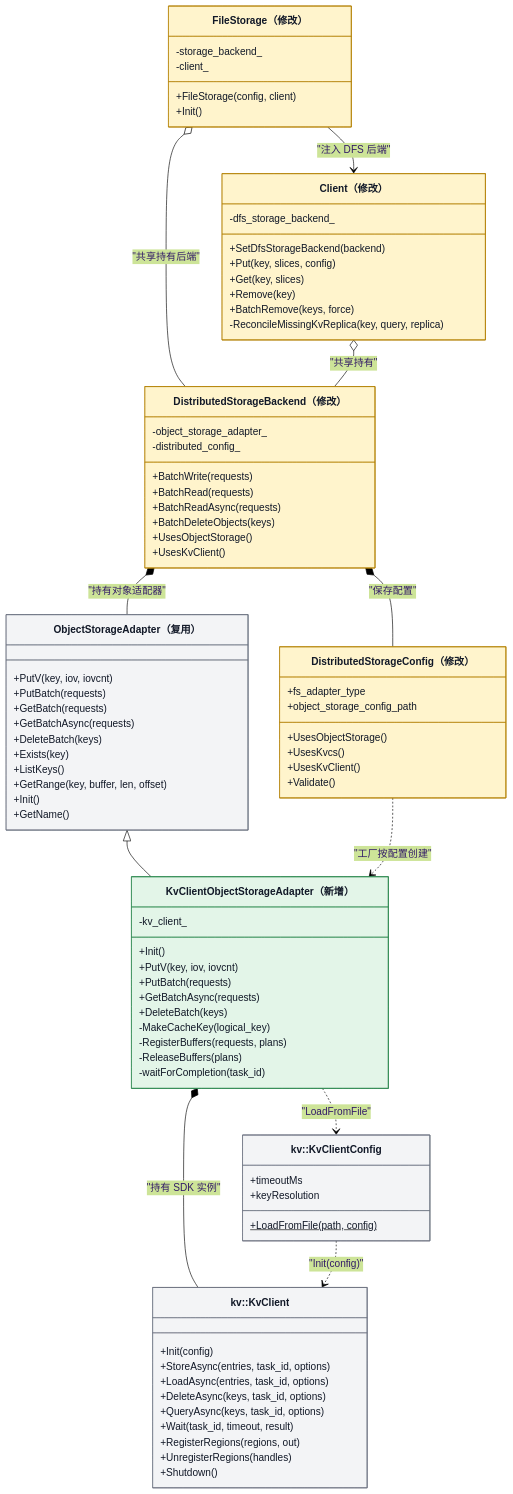
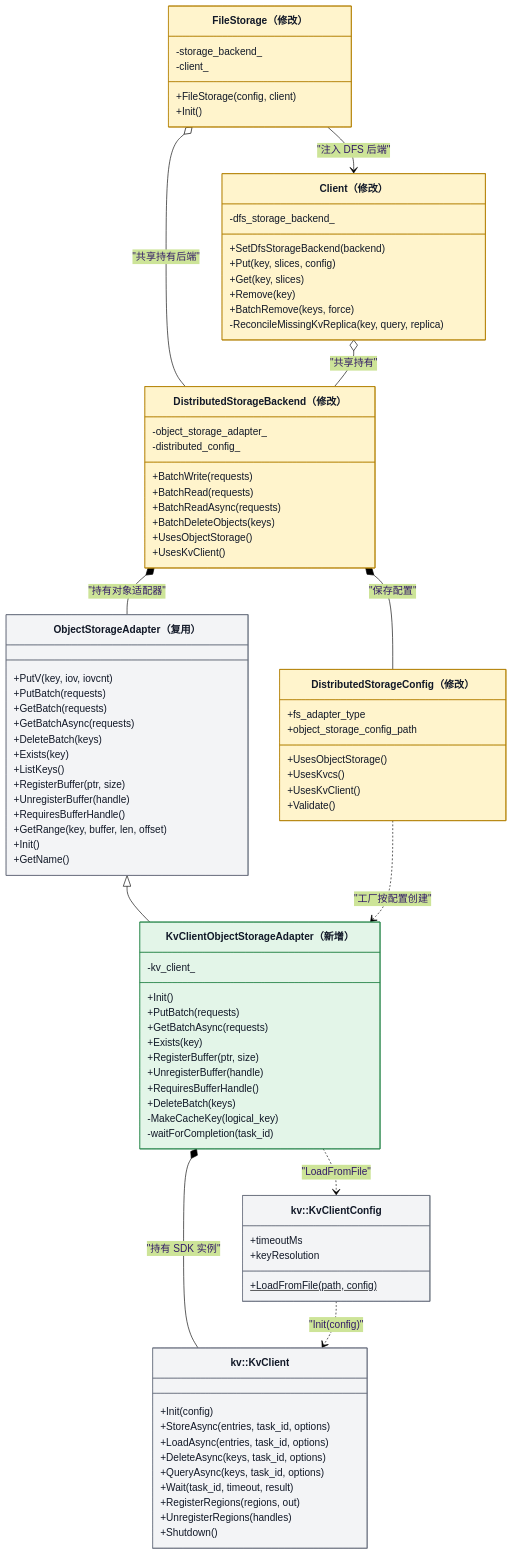
The second of 13 diagrams in Mooncake + KVClient L3 接入（Kvcs）- v3.md (zwj20000328-dotcom/Mooncake-documents), drawn with Mermaid (forest theme) before and after one commit. The commit also changed other lines of this file and 2 other files, not shown here.

First line of the commit message:
docs: move kvclient buffer registration to caller-owned handles

```diff
--- a/Mooncake + KVClient L3 接入（Kvcs）- v3.md
+++ b/Mooncake + KVClient L3 接入（Kvcs）- v3.md
@@ -172,6 +172,9 @@
         +DeleteBatch(keys)
         +Exists(key)
         +ListKeys()
+        +RegisterBuffer(ptr, size)
+        +UnregisterBuffer(handle)
+        +RequiresBufferHandle()
         +GetRange(key, buffer, len, offset)
         +Init()
         +GetName()
@@ -180,13 +183,14 @@
     class KvClientObjectStorageAdapter["KvClientObjectStorageAdapter（新增）"] {
         -kv_client_
         +Init()
-        +PutV(key, iov, iovcnt)
         +PutBatch(requests)
         +GetBatchAsync(requests)
+        +Exists(key)
+        +RegisterBuffer(ptr, size)
+        +UnregisterBuffer(handle)
+        +RequiresBufferHandle()
         +DeleteBatch(keys)
         -MakeCacheKey(logical_key)
-        -RegisterBuffers(requests, plans)
-        -ReleaseBuffers(plans)
         -waitForCompletion(task_id)
     }
 
```
